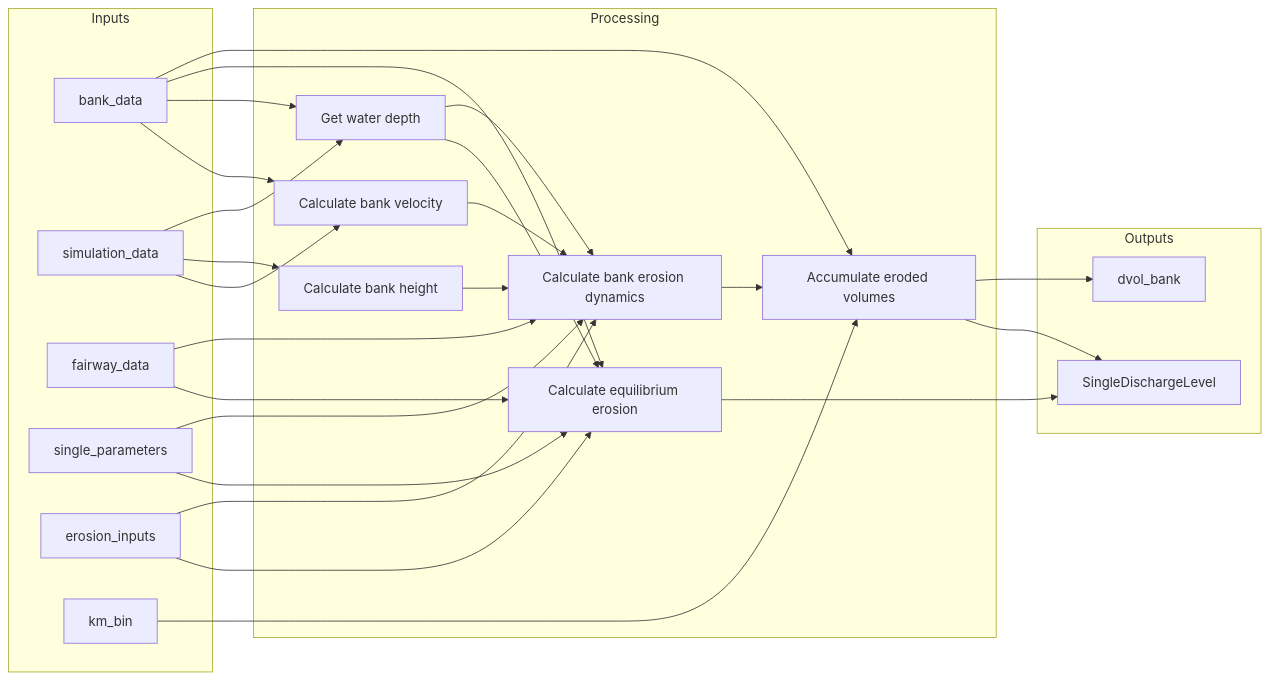
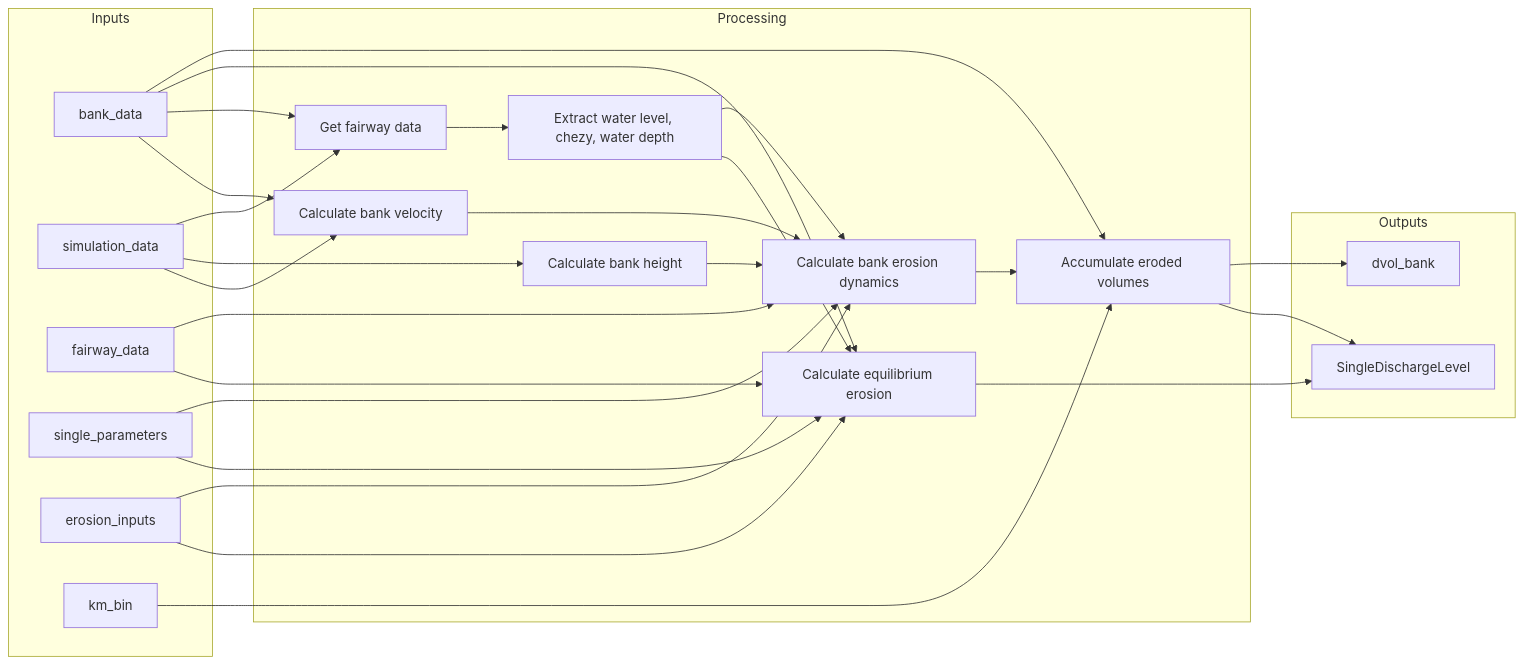
Before and after one commit to Deltares/D-FAST_Bank_Erosion: the fourth of 8 diagrams in docs/mkdocs/api/bank_erosion/erosion_calculation.md, drawn with Mermaid. The commit also changed other lines of this file, not shown here.

Commit message:
add documentation for the discharge level calculation loop

````diff
--- a/docs/mkdocs/api/bank_erosion/erosion_calculation.md
+++ b/docs/mkdocs/api/bank_erosion/erosion_calculation.md
@@ -185,52 +186,54 @@
 ```mermaid
 flowchart LR
     subgraph Inputs
         A[bank_data]
         B[simulation_data]
         C[fairway_data]
         D[single_parameters]
         E[erosion_inputs]
         F[km_bin]
     end
 
     subgraph Processing
         G[Calculate bank velocity]
         H[Calculate bank height]
-        I[Get water depth]
+        I1[Get fairway data]
+        I2[Extract water level, chezy, water depth]
         J[Calculate equilibrium erosion]
         K[Calculate bank erosion dynamics]
         L[Accumulate eroded volumes]
     end
 
     subgraph Outputs
         M[SingleDischargeLevel]
         N[dvol_bank]
     end
 
     A --> G
     B --> G
     B --> H
-    B --> I
-    A --> I
+    B --> I1
+    A --> I1
+    I1 --> I2
 
     C --> J
     D --> J
     E --> J
     A --> J
-    I --> J
+    I2 --> J
 
     G --> K
     H --> K
-    I --> K
+    I2 --> K
     C --> K
     D --> K
     E --> K
 
     K --> L
     F --> L
     A --> L
 
     L --> M
     L --> N
     J --> M
 ```
````
